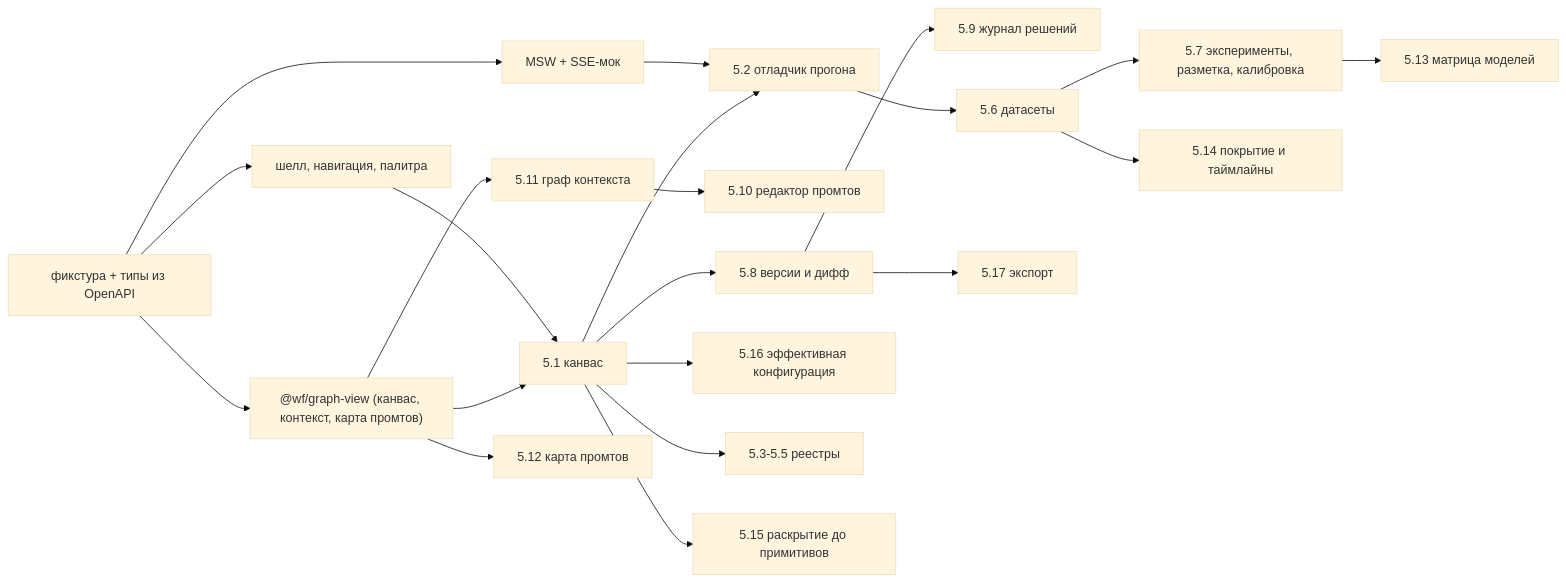
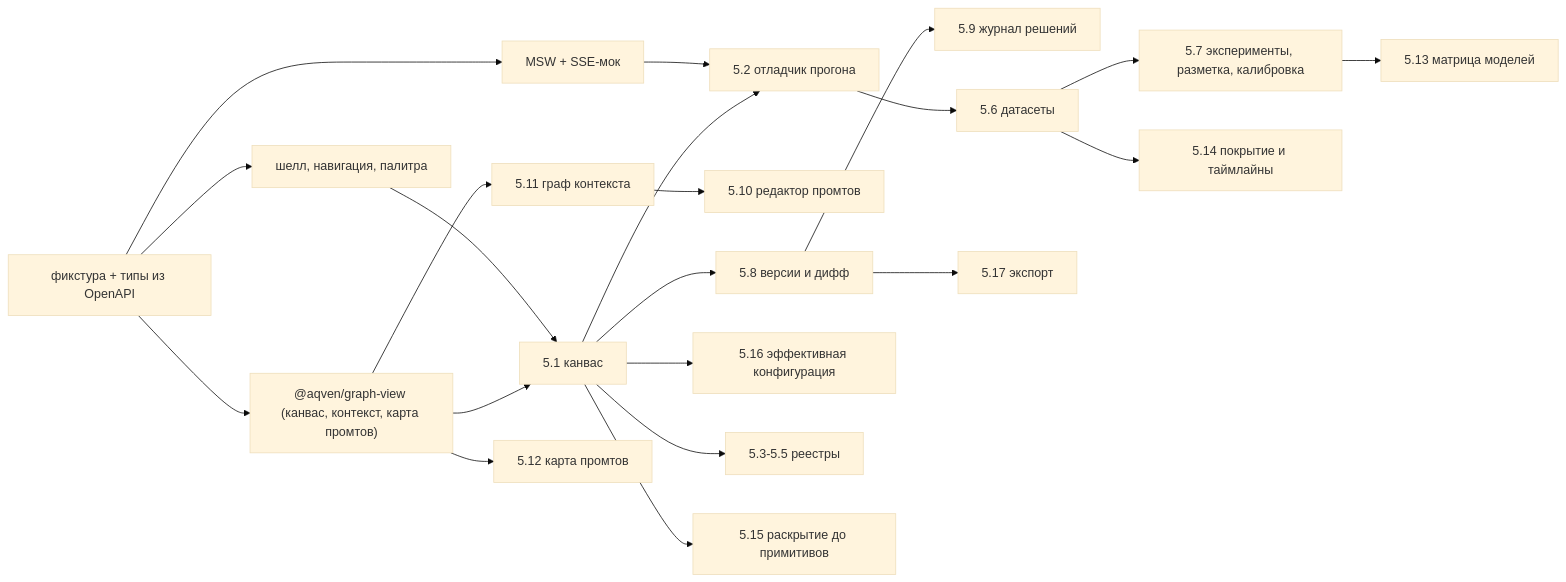
The diagram in docs/frontend/validation.md (lastonoga/AQVEN), drawn with Mermaid (base theme) before and after one commit. The commit also changed 476 other files, not shown here.

````diff
--- a/docs/frontend/validation.md
+++ b/docs/frontend/validation.md
@@ -104,23 +104,23 @@
 ```mermaid
 flowchart LR
   fixture[фикстура + типы из OpenAPI] --> shell[шелл, навигация, палитра]
-  fixture --> graphview["@wf/graph-view (канвас, контекст, карта промтов)"]
+  fixture --> graphview["@aqven/graph-view (канвас, контекст, карта промтов)"]
   fixture --> msw[MSW + SSE-мок]
   shell --> canvas[5.1 канвас]
   graphview --> canvas
   graphview --> ctx[5.11 граф контекста]
   graphview --> pmap[5.12 карта промтов]
   msw --> debug[5.2 отладчик прогона]
   canvas --> debug
   ctx --> prompt[5.10 редактор промтов]
   canvas --> diff[5.8 версии и дифф]
   diff --> journal[5.9 журнал решений]
   canvas --> effcfg[5.16 эффективная конфигурация]
   debug --> datasets[5.6 датасеты]
   datasets --> exp[5.7 эксперименты, разметка, калибровка]
   datasets --> coverage[5.14 покрытие и таймлайны]
   exp --> matrix[5.13 матрица моделей]
   diff --> export[5.17 экспорт]
   canvas --> registries[5.3-5.5 реестры]
   canvas --> expand[5.15 раскрытие до примитивов]
 ```
````
